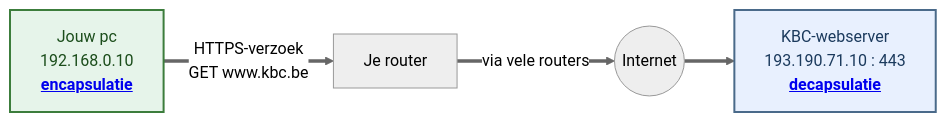
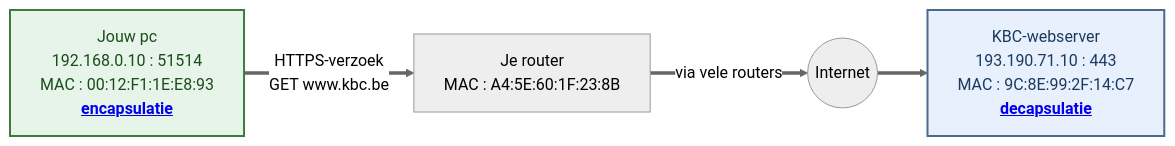
Before and after one commit to dverhulst1981/cursus-webinfrastructuur: the first of 2 diagrams in docs/hoofdstuk-1-netwerkstack-tcp-ip-fundamenten/tcp-ip-model.md, drawn with Mermaid (neutral theme). The commit also changed other lines of this file, not shown here.

First line of the commit message:
Werk encapsulatie/decapsulatie-voorbeeld uit met adressen per laag

````diff
--- a/docs/hoofdstuk-1-netwerkstack-tcp-ip-fundamenten/tcp-ip-model.md
+++ b/docs/hoofdstuk-1-netwerkstack-tcp-ip-fundamenten/tcp-ip-model.md
@@ -147,10 +137,10 @@
 ```mermaid
 flowchart LR
-  PC["Jouw pc<br/>192.168.0.10<br/><a href='#encapsulatie-bij-de-verzender-jouw-toestel'><b>encapsulatie</b></a>"] ==>|"HTTPS-verzoek<br/>GET www.kbc.be"| R["Je router"]
+  PC["Jouw pc<br/>192.168.0.10 : 51514<br/>MAC : 00:12:F1:1E:E8:93<br/><a href='#encapsulatie-bij-jouw-pc'><b>encapsulatie</b></a>"] ==>|"HTTPS-verzoek<br/>GET www.kbc.be"| R["Je router<br/>MAC : A4:5E:60:1F:23:8B"]
   R ==>|"via vele routers"| NET(("Internet"))
-  NET ==> SRV["KBC-webserver<br/>193.190.71.10 : 443<br/><a href='#decapsulatie-bij-de-ontvanger-kbc-webserver'><b>decapsulatie</b></a>"]
+  NET ==> SRV["KBC-webserver<br/>193.190.71.10 : 443<br/>MAC : 9C:8E:99:2F:14:C7<br/><a href='#decapsulatie-bij-de-kbc-server'><b>decapsulatie</b></a>"]
   classDef enc fill:#e6f4ea,stroke:#3c7d3c,stroke-width:2px,color:#1b4d1b;
   classDef dec fill:#e8f0fe,stroke:#4a6a8a,stroke-width:2px,color:#1b3a5d;
   class PC enc;
   class SRV dec;
 ```
````
